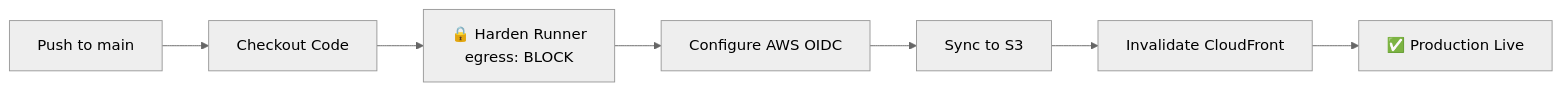
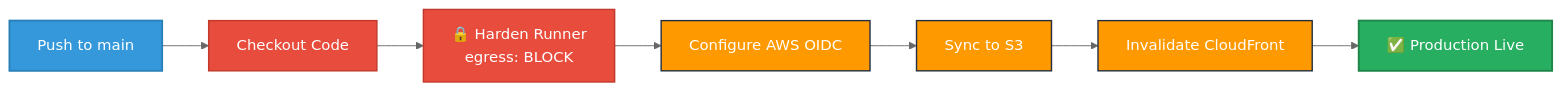
The fifth of 14 diagrams in WORKFLOWS.md (Hack23/euparliamentmonitor), drawn with Mermaid (neutral theme) before and after one commit. The commit also changed other lines of this file, not shown here.

First line of the commit message:
Add ISMS-compliant color-coded Mermaid diagrams and badges to WORKFLOWS.md

````diff
--- a/WORKFLOWS.md
+++ b/WORKFLOWS.md
@@ -591,9 +689,19 @@
 ```mermaid
 graph LR
     A[Push to main] --> B[Checkout Code]
     B --> C[🔒 Harden Runner<br/>egress: BLOCK]
     C --> D[Configure AWS OIDC]
     D --> E[Sync to S3]
     E --> F[Invalidate CloudFront]
     F --> G[✅ Production Live]
+
+    classDef trigger fill:#3498db,stroke:#2980b9,stroke-width:2px,color:white
+    classDef security fill:#e74c3c,stroke:#c0392b,stroke-width:1.5px,color:white
+    classDef aws fill:#FF9900,stroke:#232F3E,stroke-width:1.5px,color:white
+    classDef complete fill:#27ae60,stroke:#1e8449,stroke-width:2px,color:white
+
+    class A trigger
+    class B,C security
+    class D,E,F aws
+    class G complete
 ```
````
